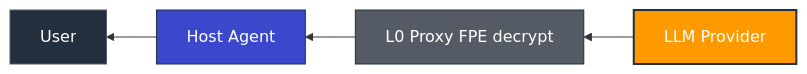
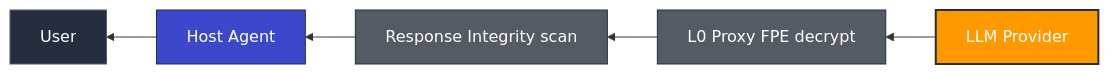
One commit to OpenObscure/OpenObscure changed the seventh of 15 diagrams in ARCHITECTURE.md. Above: the diagram before and after it, drawn with Mermaid. The commit also changed other lines of this file and 18 other files, not shown here.

````diff
--- a/ARCHITECTURE.md
+++ b/ARCHITECTURE.md
@@ -303,11 +304,13 @@
 ```mermaid
 flowchart RL
     llm["LLM Provider"] --> proxy["L0 Proxy FPE decrypt"]
-    proxy --> agent["Host Agent"]
+    proxy --> ri["Response Integrity scan"]
+    ri --> agent["Host Agent"]
     agent --> user["User"]
 
     style llm fill:#ff9900,stroke:#232F3E,stroke-width:2px,color:#fff
     style proxy fill:#545b64,stroke:#232F3E,color:#fff
+    style ri fill:#545b64,stroke:#232F3E,color:#fff
     style agent fill:#3b48cc,stroke:#232F3E,color:#fff
     style user fill:#232F3E,stroke:#545b64,color:#fff
 ```
````
